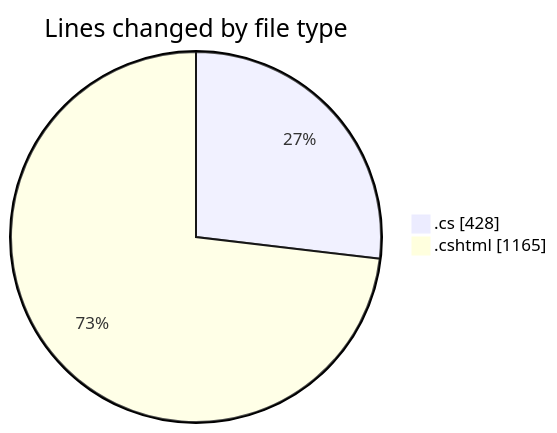
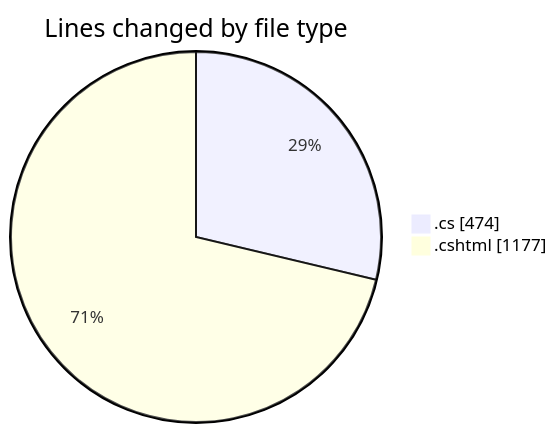
One commit to lephambinh05/code-tracking changed the first of 2 diagrams in 2025-07-16/nhahang/README.md. Above: the diagram before and after it, drawn with Mermaid. The commit also changed other lines of this file and 1 other file, not shown here.

````diff
--- a/2025-07-16/nhahang/README.md
+++ b/2025-07-16/nhahang/README.md
@@ -48,6 +49,6 @@
 ```mermaid
 pie showData
 title Lines changed by file type
-".cs" : 428
-".cshtml" : 1165
+".cs" : 474
+".cshtml" : 1177
 ```
````
